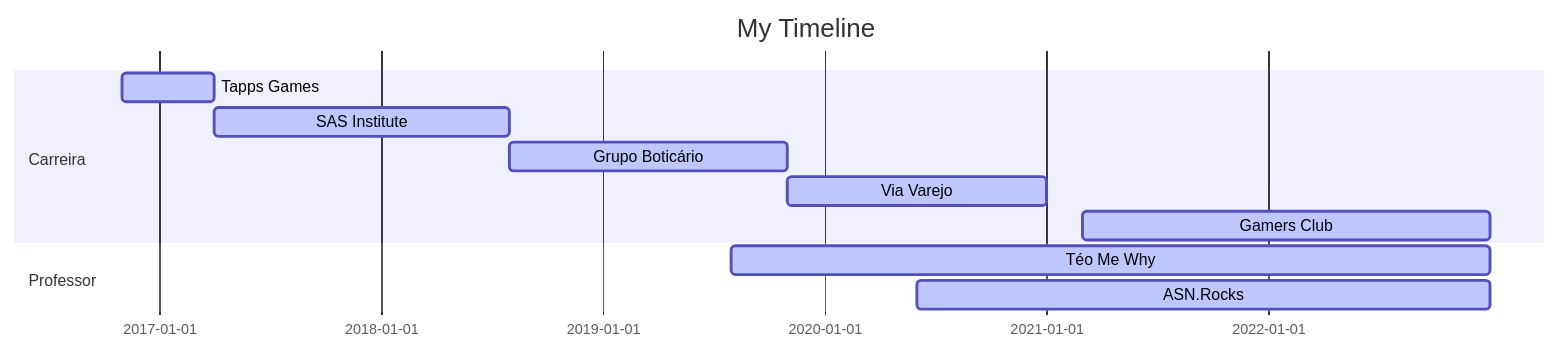
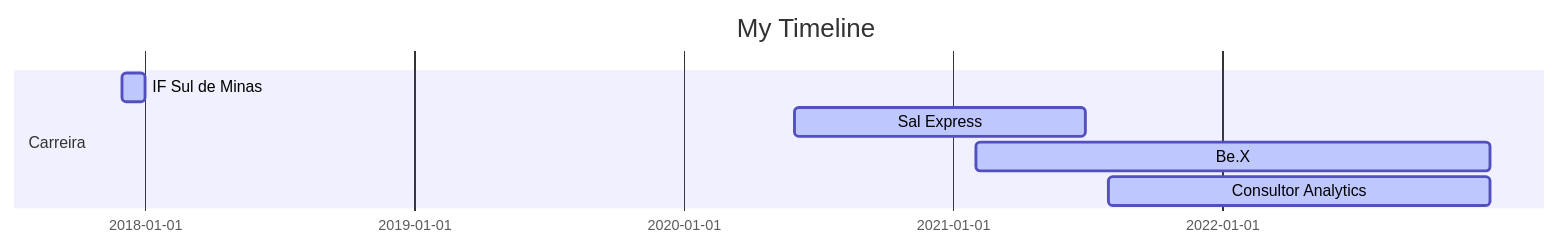
One commit to julioszeferino/julioszeferino changed the diagram in README.md. Above: the diagram before and after it, drawn with Mermaid.

````diff
--- a/README.md
+++ b/README.md
@@ -8,19 +8,13 @@
 ```mermaid
 
 gantt
 dateFormat  YYYY-MM-DD
 title My Timeline
 
 section Carreira
-Tapps Games           :active,, 2016-11-01,2017-04-01
-SAS Institute         :active,, 2017-04-01,2018-08-01
-Grupo Boticário       :active,, 2018-08-01,2019-11-01
-Via Varejo            :active,, 2019-11-01,2021-01-01
-Gamers Club           :active,, 2021-03-01,2022-12-31
-
-section Professor
-Téo Me Why            :active,, 2019-08-01,2022-12-31
-ASN.Rocks             :active,, 2020-06-01,2022-12-31
-
+IF Sul de Minas       :active,, 2017-12-01,2018-01-01
+Sal Express           :active,, 2020-06-01,2021-06-30
+Be.X                  :active,, 2021-02-01,2022-12-31
+Consultor Analytics   :active,, 2021-08-01,2022-12-31
 
 ```
````
